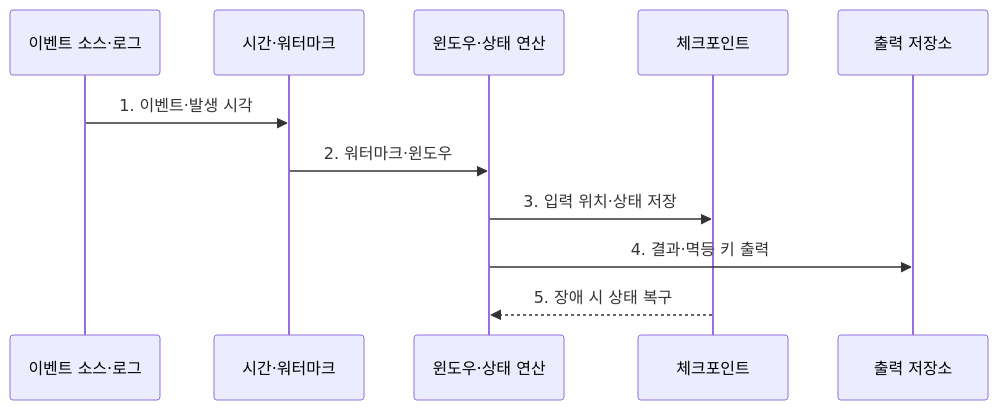
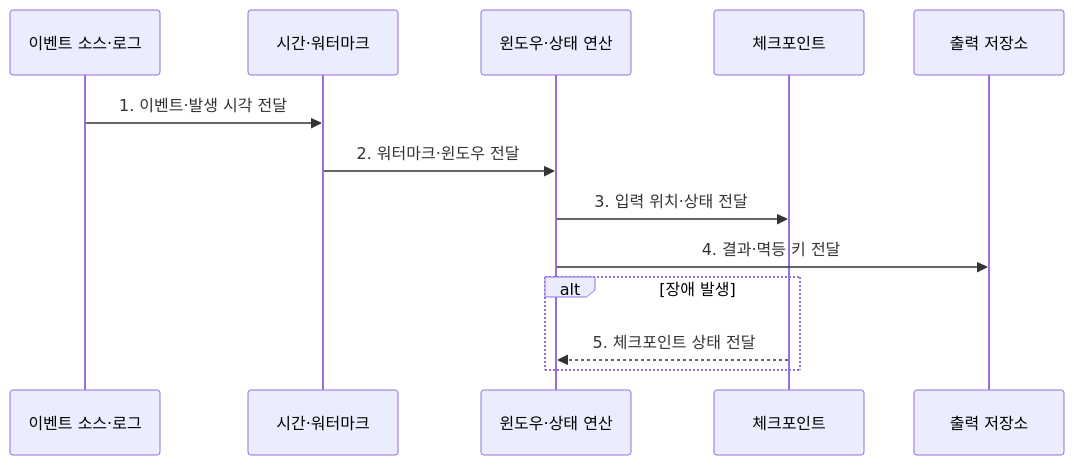
Before and after one commit to agnusdei1207/knowledge-base: the second of 2 diagrams in src/content/docs/notes/08-latest-tech/195_real_time_streaming.md, drawn with Mermaid. The commit also changed other lines of this file and 225 other files, not shown here.

````diff
--- a/src/content/docs/notes/08-latest-tech/195_real_time_streaming.md
+++ b/src/content/docs/notes/08-latest-tech/195_real_time_streaming.md
@@ -75,13 +75,15 @@
 ```mermaid
 sequenceDiagram
   participant S as 이벤트 소스·로그
   participant T as 시간·워터마크
   participant O as 윈도우·상태 연산
   participant C as 체크포인트
   participant K as 출력 저장소
-  S->>T: 1. 이벤트·발생 시각
-  T->>O: 2. 워터마크·윈도우
-  O->>C: 3. 입력 위치·상태 저장
-  O->>K: 4. 결과·멱등 키 출력
-  C-->>O: 5. 장애 시 상태 복구
+  S->>T: 1. 이벤트·발생 시각 전달
+  T->>O: 2. 워터마크·윈도우 전달
+  O->>C: 3. 입력 위치·상태 전달
+  O->>K: 4. 결과·멱등 키 전달
+  alt 장애 발생
+    C-->>O: 5. 체크포인트 상태 전달
+  end
 ```
````
